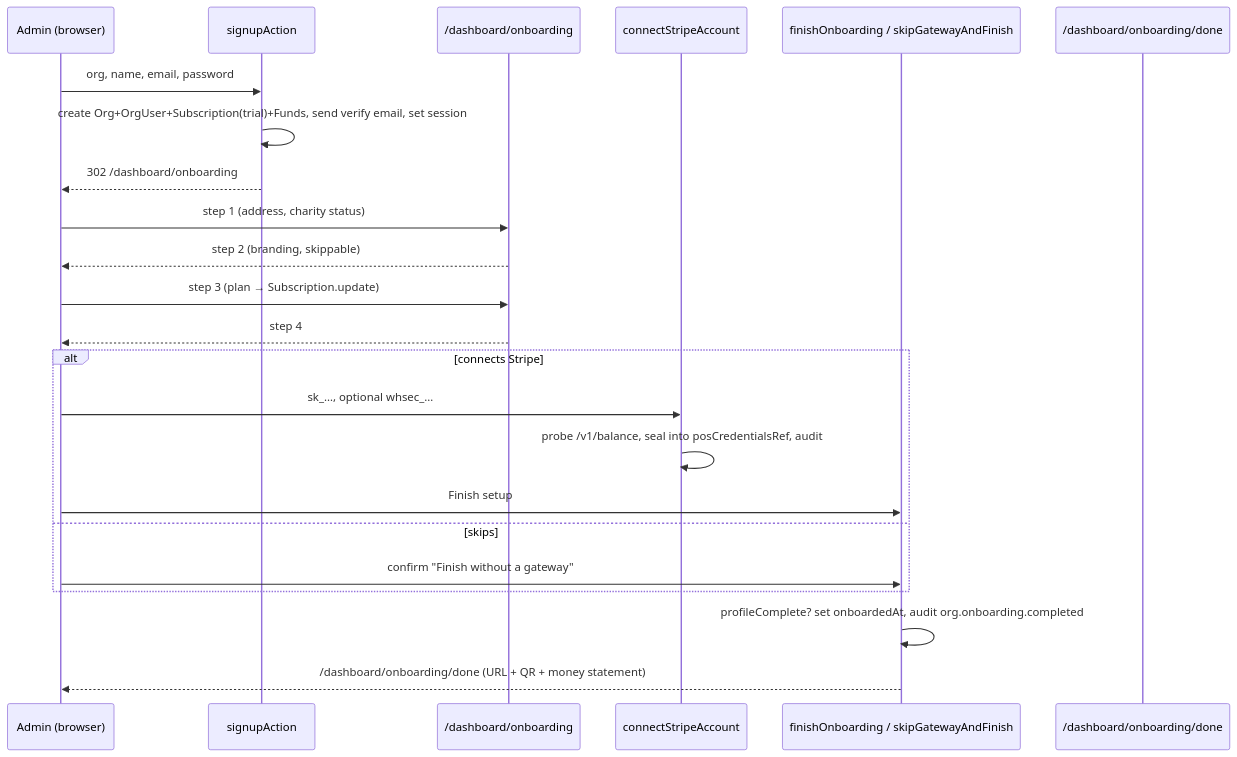
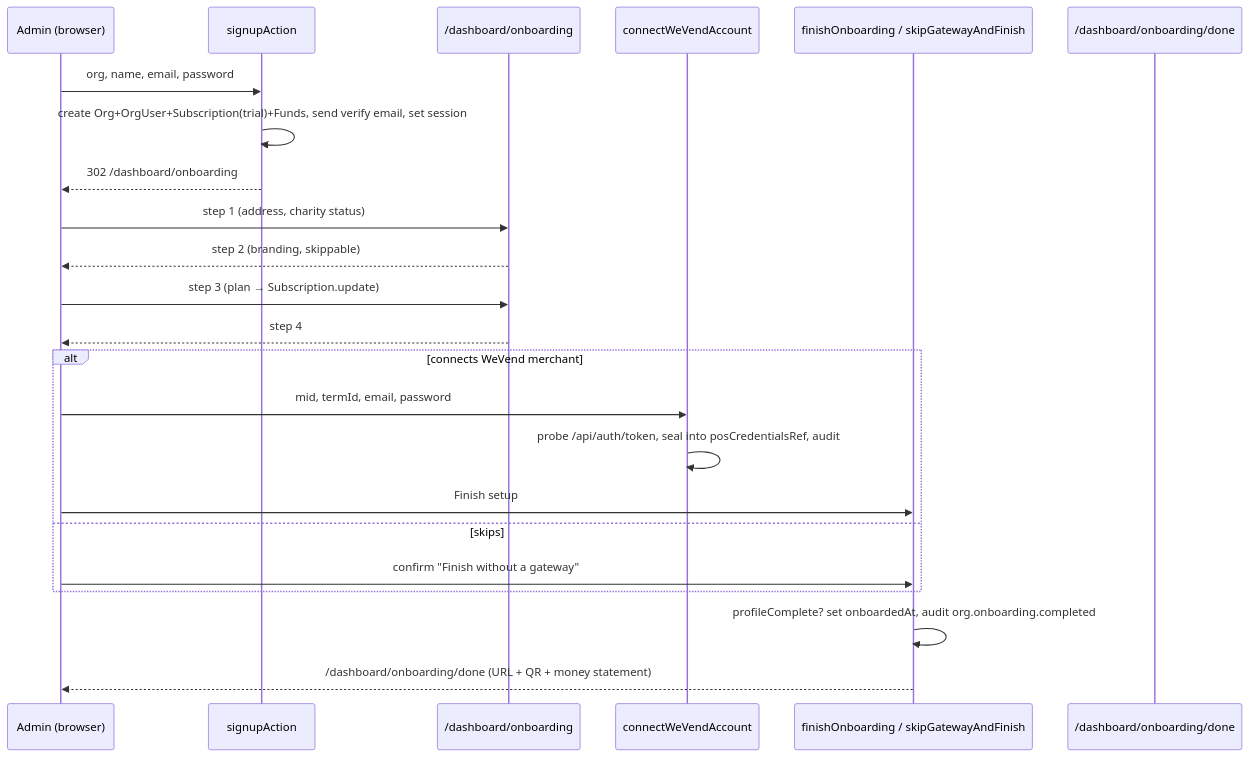
The diagram in docs/12_ONBOARDING.md (tanmayraj1/kindpath), drawn with Mermaid before and after one commit. The commit also changed other lines of this file and 17 other files, not shown here.

First line of the commit message:
Offer WeVend to charities; keep Stripe in the code, off the UI

````diff
--- a/docs/12_ONBOARDING.md
+++ b/docs/12_ONBOARDING.md
@@ -132,25 +134,25 @@
 ```mermaid
 sequenceDiagram
   participant A as Admin (browser)
   participant S as signupAction
   participant W as /dashboard/onboarding
-  participant G as connectStripeAccount
+  participant G as connectWeVendAccount
   participant F as finishOnboarding / skipGatewayAndFinish
   participant D as /dashboard/onboarding/done
   A->>S: org, name, email, password
   S->>S: create Org+OrgUser+Subscription(trial)+Funds, send verify email, set session
   S-->>A: 302 /dashboard/onboarding
   A->>W: step 1 (address, charity status)
   W-->>A: step 2 (branding, skippable)
   A->>W: step 3 (plan → Subscription.update)
   W-->>A: step 4
-  alt connects Stripe
-    A->>G: sk_…, optional whsec_…
-    G->>G: probe /v1/balance, seal into posCredentialsRef, audit
+  alt connects WeVend merchant
+    A->>G: mid, termId, email, password
+    G->>G: probe /api/auth/token, seal into posCredentialsRef, audit
     A->>F: Finish setup
   else skips
     A->>F: confirm "Finish without a gateway"
   end
   F->>F: profileComplete? set onboardedAt, audit org.onboarding.completed
   F-->>A: /dashboard/onboarding/done (URL + QR + money statement)
 ```
````
